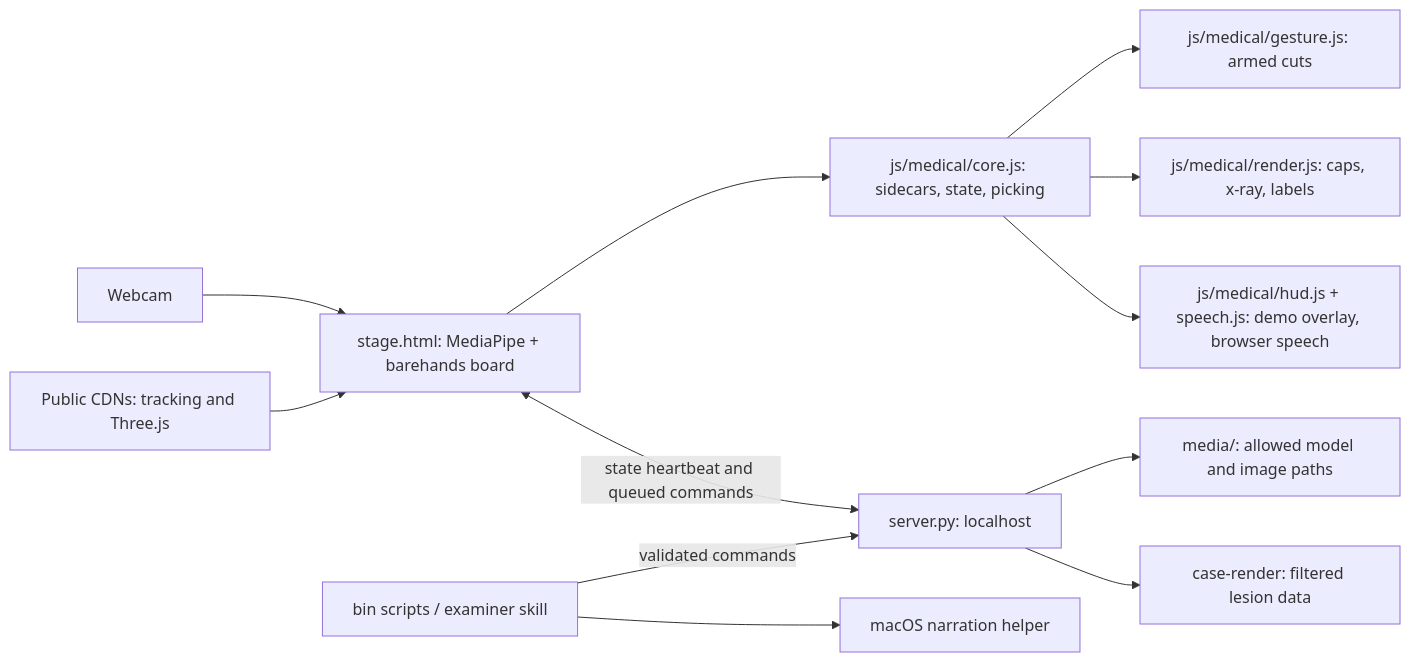
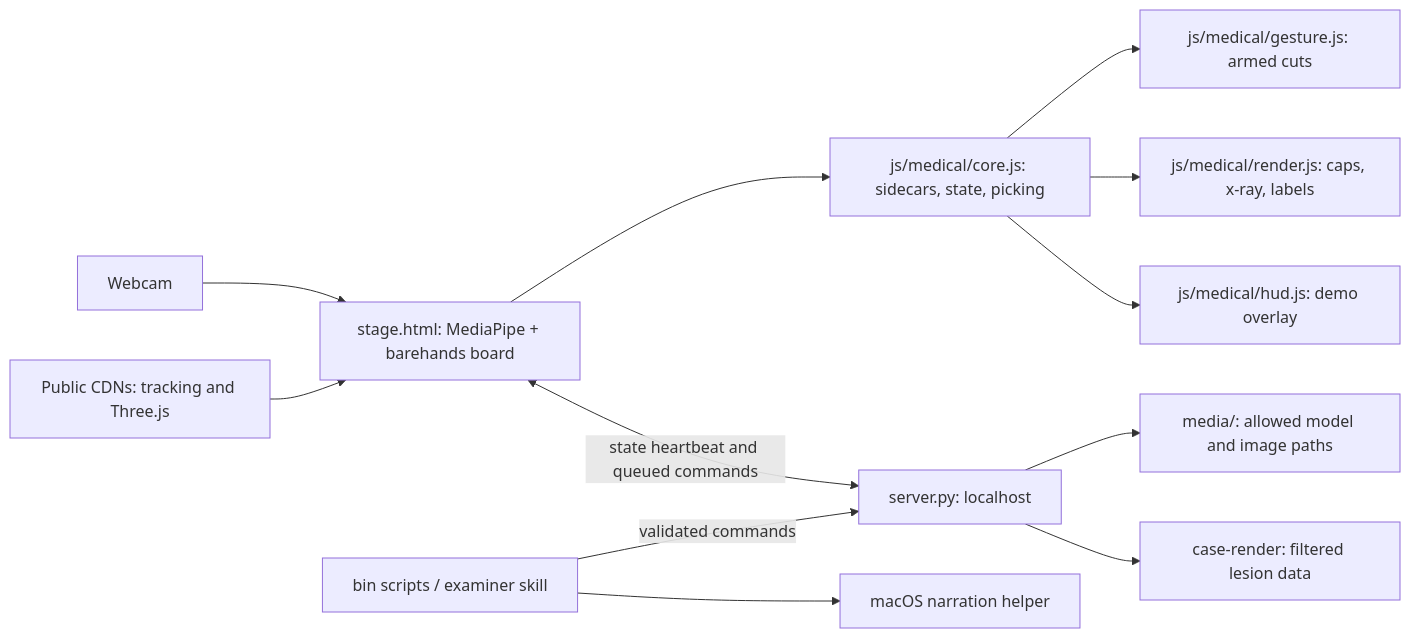
One commit to s-meher/jas-grainger changed the first of 4 diagrams in docs/architecture/system.md. Above: the diagram before and after it, drawn with Mermaid. The commit also changed other lines of this file and 14 other files, not shown here.

Commit message:
refactor(ui): remove Phase 4 browser speech

````diff
--- a/docs/architecture/system.md
+++ b/docs/architecture/system.md
@@ -10,14 +10,14 @@
 ```mermaid
 flowchart LR
   Camera[Webcam] --> Board[stage.html: MediaPipe + barehands board]
   CDN[Public CDNs: tracking and Three.js] --> Board
   Board --> Core[js/medical/core.js: sidecars, state, picking]
   Core --> Gesture[js/medical/gesture.js: armed cuts]
   Core --> Render[js/medical/render.js: caps, x-ray, labels]
   Board <-->|state heartbeat and queued commands| Server[server.py: localhost]
   Server --> Media[media/: allowed model and image paths]
   Server --> Case[case-render: filtered lesion data]
   Driver[bin scripts / examiner skill] -->|validated commands| Server
   Driver --> Narrate[macOS narration helper]
-  Core --> Hud[js/medical/hud.js + speech.js: demo overlay, browser speech]
+  Core --> Hud[js/medical/hud.js: demo overlay]
 ```
````
